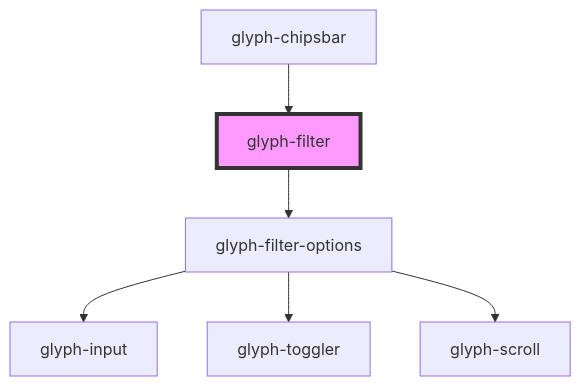
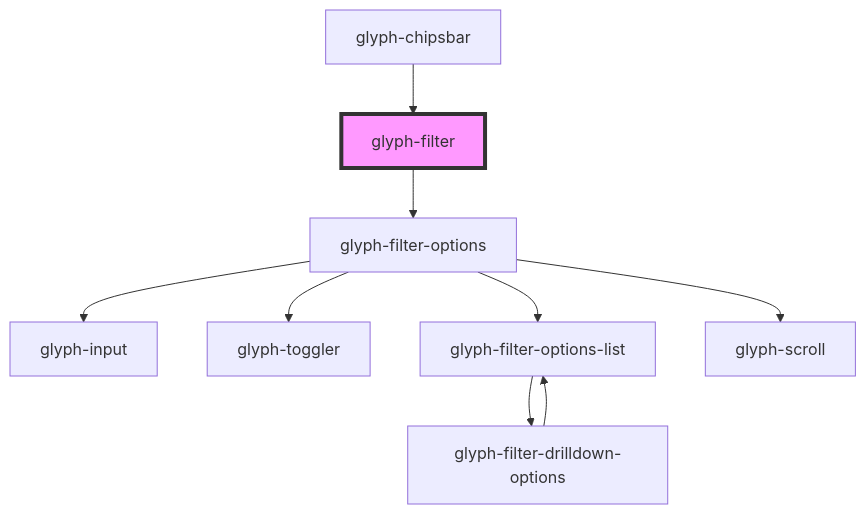
The diagram in packages/glyph-components/src/components/filter/readme.md (adrianiy/synth-ui), drawn with Mermaid before and after one commit. The commit also changed 85 other files, not shown here.

````diff
--- a/packages/glyph-components/src/components/filter/readme.md
+++ b/packages/glyph-components/src/components/filter/readme.md
@@ -42,9 +42,12 @@
 ```mermaid
 graph TD;
   glyph-filter --> glyph-filter-options
   glyph-filter-options --> glyph-input
   glyph-filter-options --> glyph-toggler
+  glyph-filter-options --> glyph-filter-options-list
   glyph-filter-options --> glyph-scroll
+  glyph-filter-options-list --> glyph-filter-drilldown-options
+  glyph-filter-drilldown-options --> glyph-filter-options-list
   glyph-chipsbar --> glyph-filter
   style glyph-filter fill:#f9f,stroke:#333,stroke-width:4px
 ```
````
